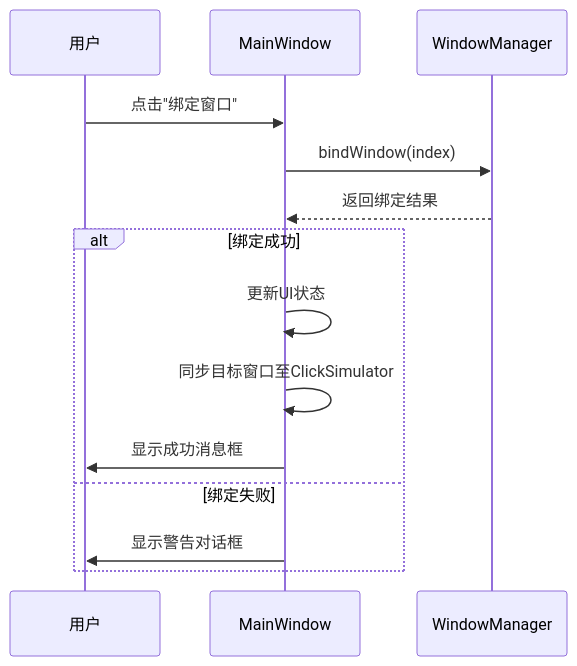
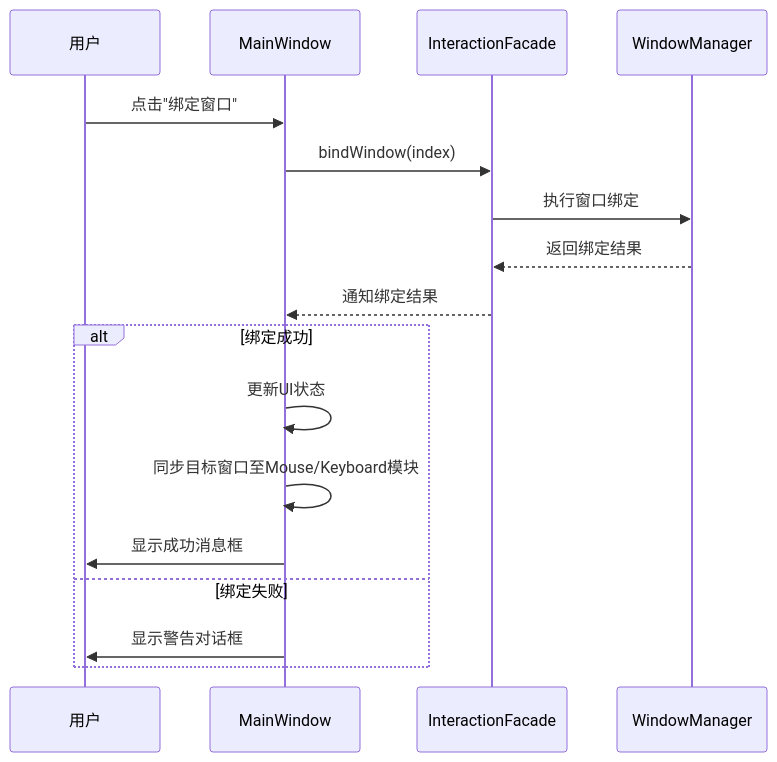
The first of 4 diagrams in .qoder/repowiki/zh/content/功能使用手册/功能使用手册.md (KokoiRin/qoder4ymjh), drawn with Mermaid before and after one commit. The commit also changed other lines of this file and 23 other files, not shown here.

````diff
--- a/.qoder/repowiki/zh/content/功能使用手册/功能使用手册.md
+++ b/.qoder/repowiki/zh/content/功能使用手册/功能使用手册.md
@@ -45,16 +51,19 @@
 ```mermaid
 sequenceDiagram
 participant 用户
 participant UI as MainWindow
+participant IF as InteractionFacade
 participant WM as WindowManager
 用户->>UI : 点击"绑定窗口"
-UI->>WM : bindWindow(index)
-WM-->>UI : 返回绑定结果
+UI->>IF : bindWindow(index)
+IF->>WM : 执行窗口绑定
+WM-->>IF : 返回绑定结果
+IF-->>UI : 通知绑定结果
 alt 绑定成功
 UI->>UI : 更新UI状态
-UI->>UI : 同步目标窗口至ClickSimulator
+UI->>UI : 同步目标窗口至Mouse/Keyboard模块
 UI->>用户 : 显示成功消息框
 else 绑定失败
 UI->>用户 : 显示警告对话框
 end
 ```
````
